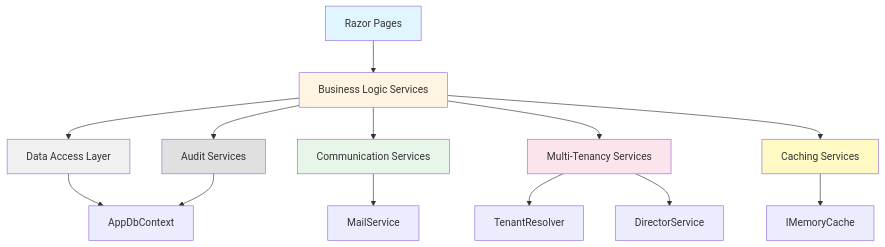
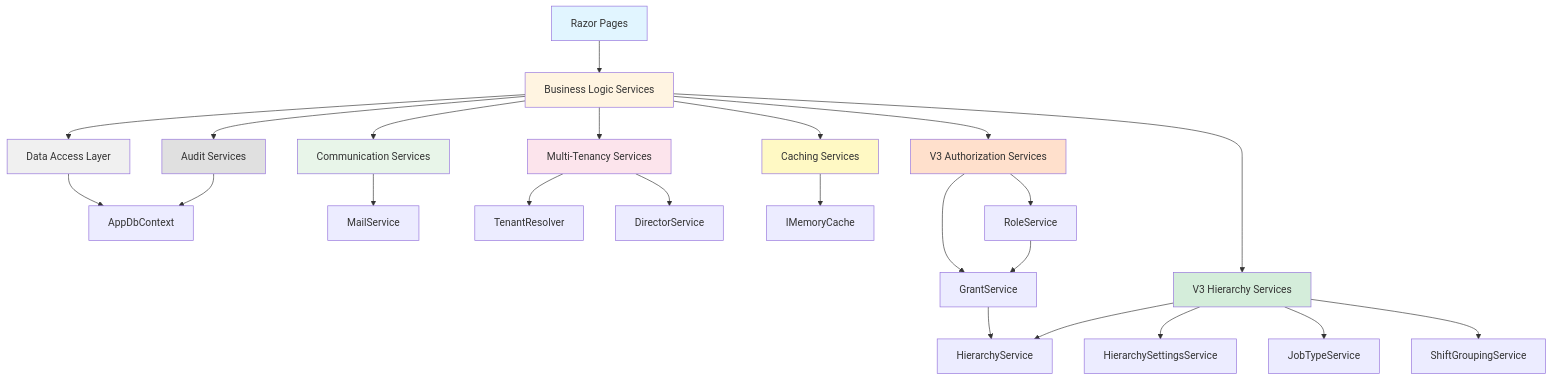
Before and after one commit to EladKatzir/shiftmanager: the diagram in docs/genesis/07-SERVICE-LAYER.md, drawn with Mermaid. The commit also changed other lines of this file and 176 other files, not shown here.

````diff
--- a/docs/genesis/07-SERVICE-LAYER.md
+++ b/docs/genesis/07-SERVICE-LAYER.md
@@ -1945,25 +2632,40 @@
 ```mermaid
 graph TD
     A[Razor Pages] --> B[Business Logic Services]
     B --> C[Data Access Layer]
     B --> D[Communication Services]
     B --> E[Multi-Tenancy Services]
     B --> F[Caching Services]
 
     C --> G[AppDbContext]
     D --> H[MailService]
     E --> I[TenantResolver]
     E --> J[DirectorService]
     F --> K[IMemoryCache]
 
     B --> L[Audit Services]
     L --> G
 
+    %% V3 Services
+    B --> M[V3 Authorization Services]
+    M --> N[GrantService]
+    M --> O[RoleService]
+    N --> P[HierarchyService]
+    O --> N
+
+    B --> Q[V3 Hierarchy Services]
+    Q --> P
+    Q --> R[HierarchySettingsService]
+    Q --> S[JobTypeService]
+    Q --> T[ShiftGroupingService]
+
     style A fill:#e1f5ff
     style B fill:#fff4e1
     style C fill:#f0f0f0
     style D fill:#e8f5e9
     style E fill:#fce4ec
     style F fill:#fff9c4
     style L fill:#e0e0e0
+    style M fill:#ffe0cc
+    style Q fill:#d4edda
 ```
````
